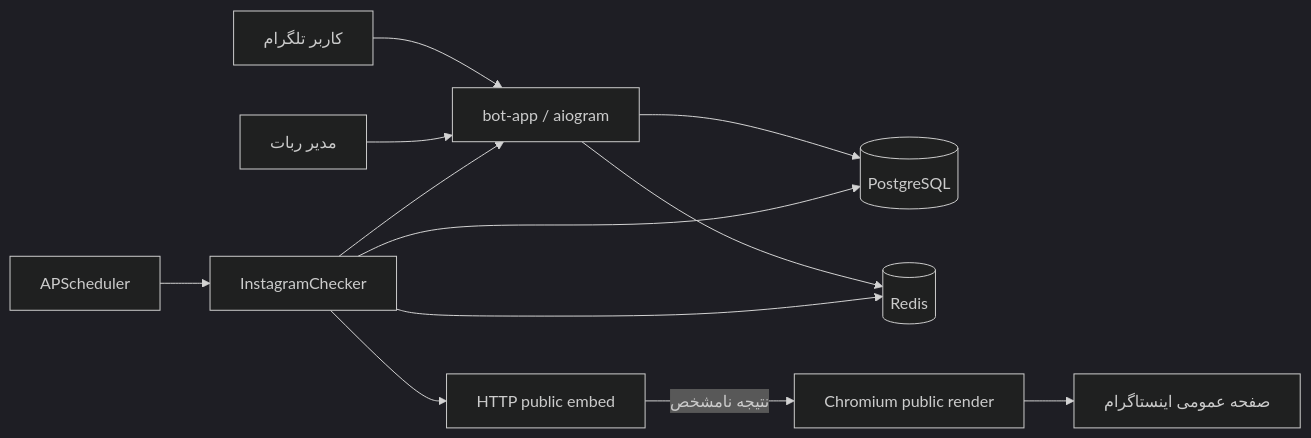
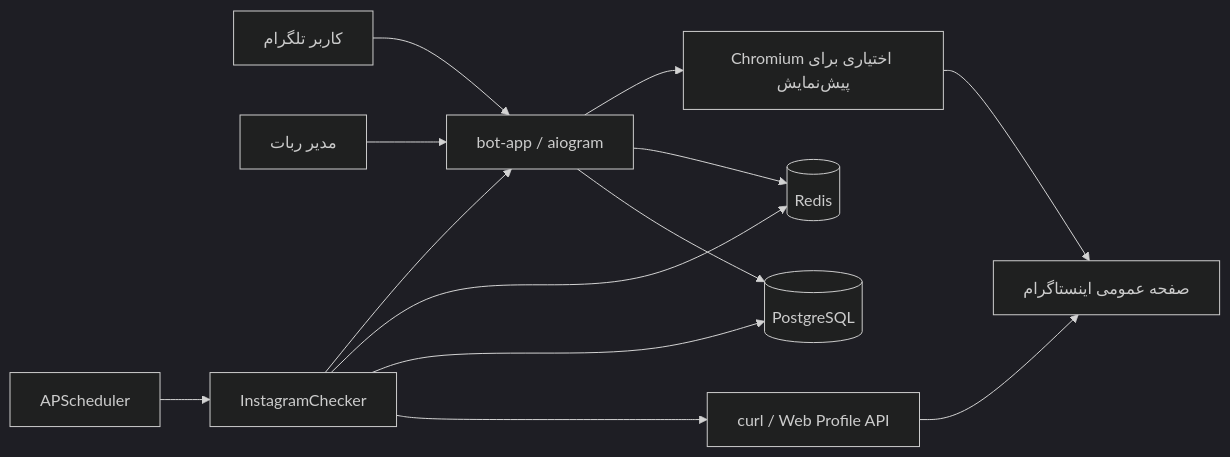
One commit to farstar-team/farstar-warner changed the diagram in README.md. Above: the diagram before and after it, drawn with Mermaid (dark theme). The commit also changed other lines of this file and 7 other files, not shown here.

````diff
--- a/README.md
+++ b/README.md
@@ -44,14 +44,15 @@
 ```mermaid
 flowchart LR
     U["کاربر تلگرام"] --> B["bot-app / aiogram"]
     A["مدیر ربات"] --> B
     B --> P[("PostgreSQL")]
     B --> R[("Redis")]
     S["APScheduler"] --> C["InstagramChecker"]
-    C --> H["HTTP public embed"]
-    H -->|"نتیجه نامشخص"| X["Chromium public render"]
-    X --> I["صفحه عمومی اینستاگرام"]
+    C --> H["curl / Web Profile API"]
+    B --> X["Chromium اختیاری برای پیش‌نمایش"]
+    H --> I["صفحه عمومی اینستاگرام"]
+    X --> I
     C --> P
     C --> R
     C --> B
 ```
````
